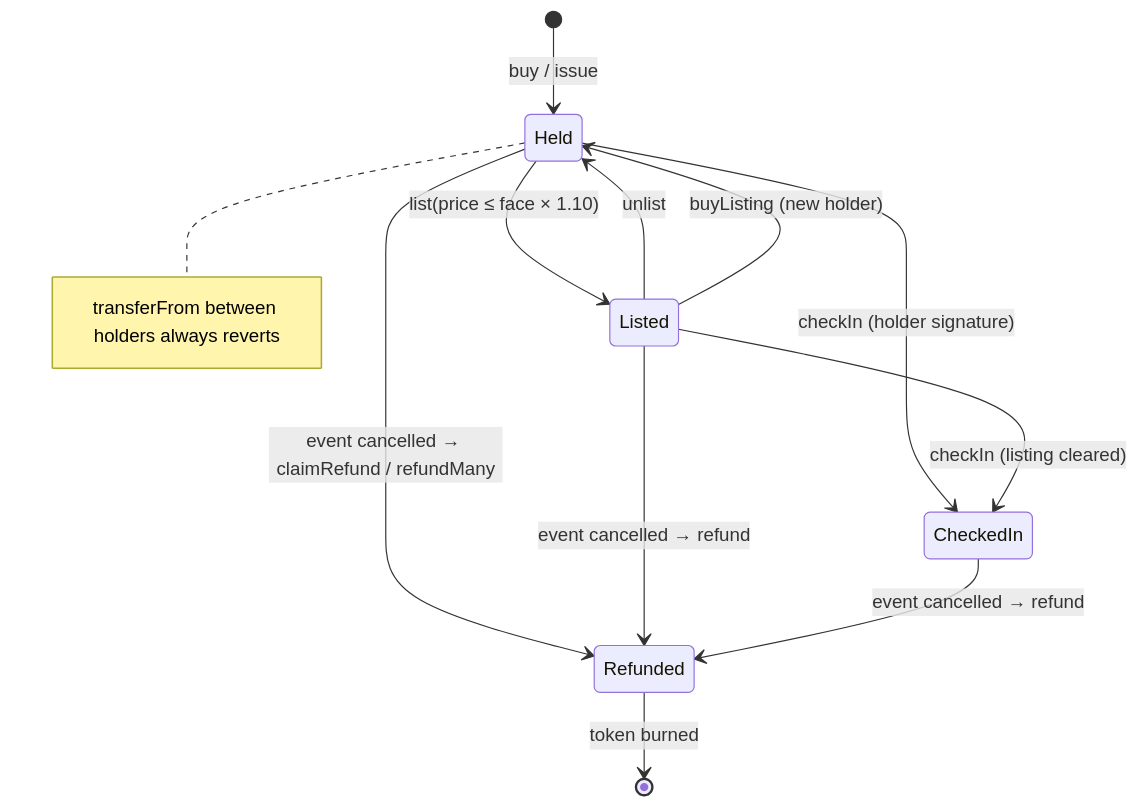
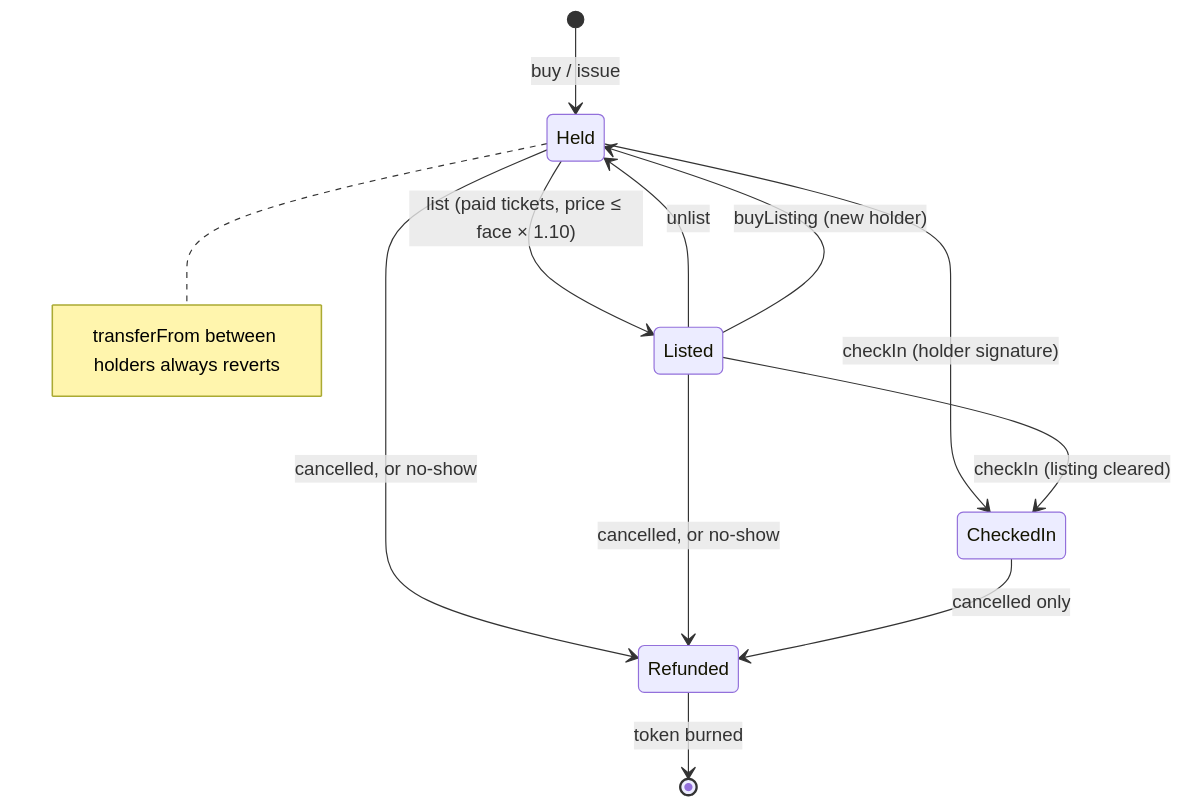
One commit to buiPhongGiang/ticketing changed the sixth of 7 diagrams in docs/ARCHITECTURE.md. Above: the diagram before and after it, drawn with Mermaid. The commit also changed other lines of this file and 8 other files, not shown here.

First line of the commit message:
docs: README, architecture and demo beats for the VeGoc deployment; Fuji media

````diff
--- a/docs/ARCHITECTURE.md
+++ b/docs/ARCHITECTURE.md
@@ -119,14 +178,14 @@
 ```mermaid
 stateDiagram-v2
   [*] --> Held: buy / issue
-  Held --> Listed: list(price ≤ face × 1.10)
+  Held --> Listed: list (paid tickets, price ≤ face × 1.10)
   Listed --> Held: unlist
   Listed --> Held: buyListing (new holder)
   Held --> CheckedIn: checkIn (holder signature)
   Listed --> CheckedIn: checkIn (listing cleared)
-  Held --> Refunded: event cancelled → claimRefund / refundMany
-  Listed --> Refunded: event cancelled → refund
-  CheckedIn --> Refunded: event cancelled → refund
+  Held --> Refunded: cancelled, or no-show
+  Listed --> Refunded: cancelled, or no-show
+  CheckedIn --> Refunded: cancelled only
   Refunded --> [*]: token burned
   note right of Held: transferFrom between holders always reverts
 ```
````
